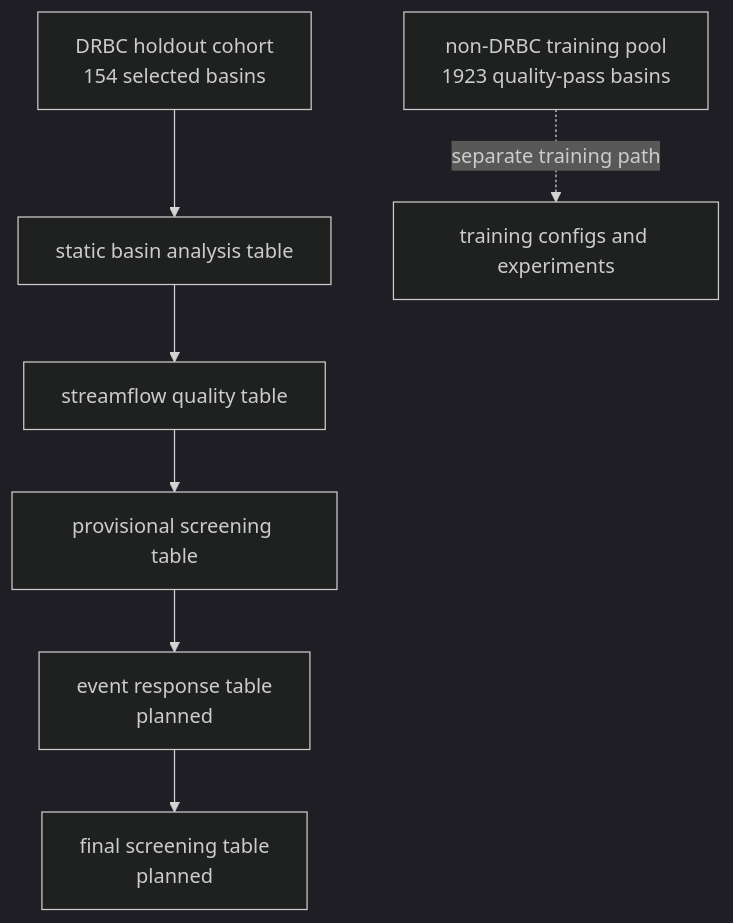
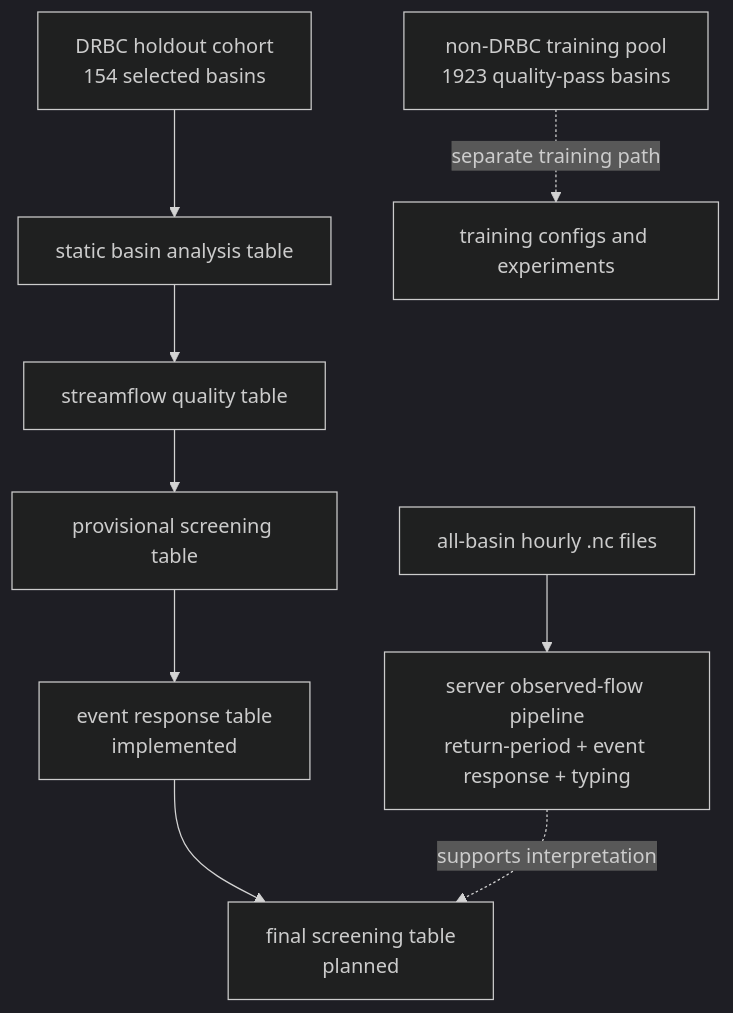
One commit to mossyantler/flood-underestimation-lstm changed the first of 2 diagrams in docs/workflow/basin_analysis.md. Above: the diagram before and after it, drawn with Mermaid (dark theme). The commit also changed other lines of this file and 21 other files, not shown here.

````diff
--- a/docs/workflow/basin_analysis.md
+++ b/docs/workflow/basin_analysis.md
@@ -25,10 +25,12 @@
 ```mermaid
 flowchart TD
     A["DRBC holdout cohort<br/>154 selected basins"] --> B["static basin analysis table"]
     B --> C["streamflow quality table"]
     C --> D["provisional screening table"]
-    D --> E["event response table<br/>planned"]
+    D --> E["event response table<br/>implemented"]
     E --> F["final screening table<br/>planned"]
 
     G["non-DRBC training pool<br/>1923 quality-pass basins"] -. separate training path .-> H["training configs and experiments"]
+    I["all-basin hourly .nc files"] --> J["server observed-flow pipeline<br/>return-period + event response + typing"]
+    J -. supports interpretation .-> F
 ```
````
